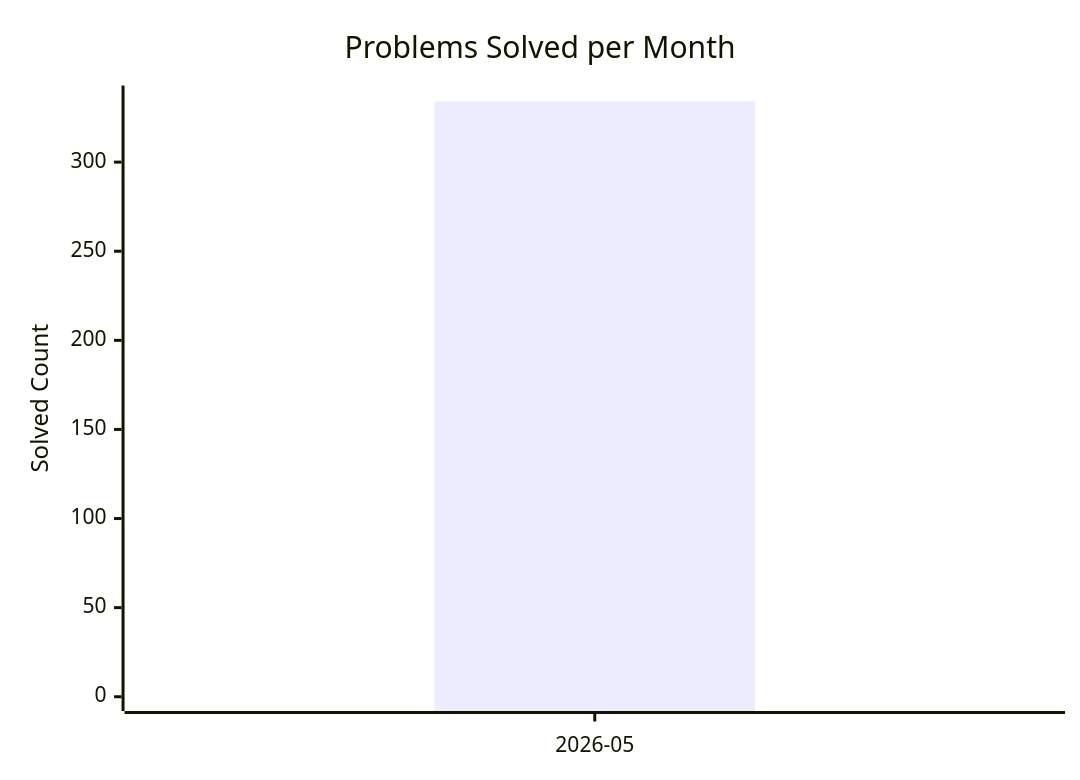
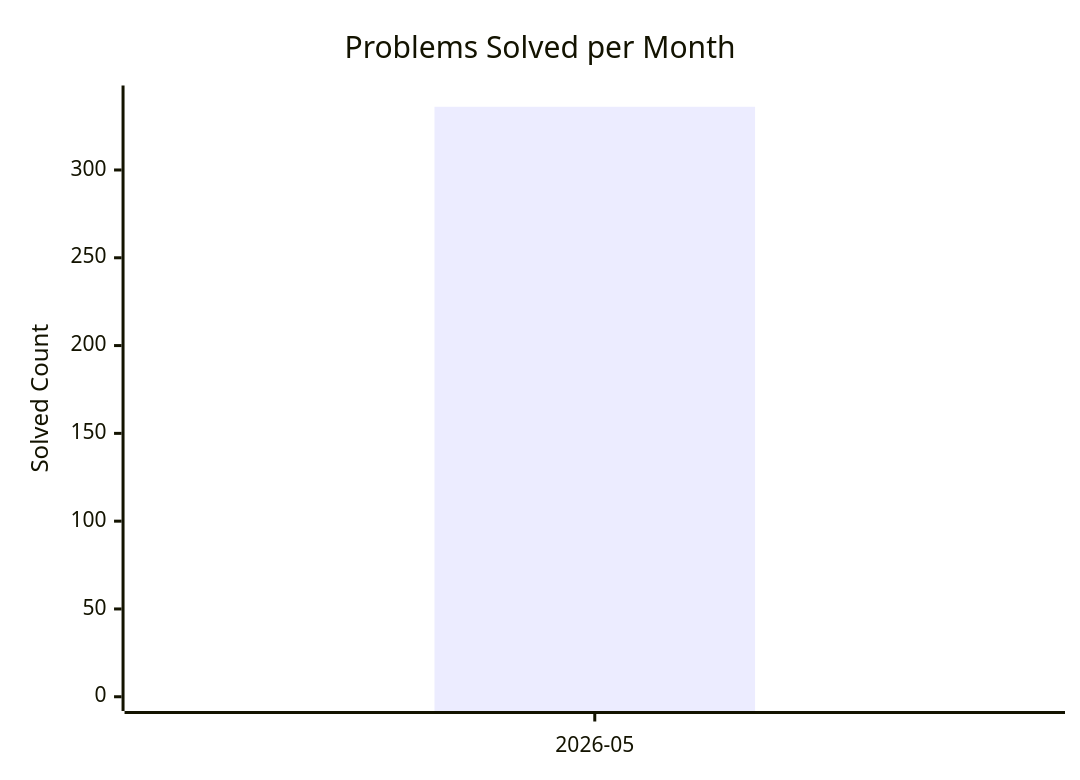
Before and after one commit to AdityaPandey-DEV/CP-Progress-Sync: the diagram in dashboard.md, drawn with Mermaid. The commit also changed other lines of this file, not shown here.

Commit message:
Auto-update CP dashboard [skip ci]

````diff
--- a/dashboard.md
+++ b/dashboard.md
@@ -8,8 +8,8 @@
 ```mermaid
 xychart-beta
     title "Problems Solved per Month"
     x-axis ["2026-05"]
-    y-axis "Solved Count" 0 --> 335
-    bar [334]
-    line [334]
+    y-axis "Solved Count" 0 --> 340
+    bar [336]
+    line [336]
 ```
````
